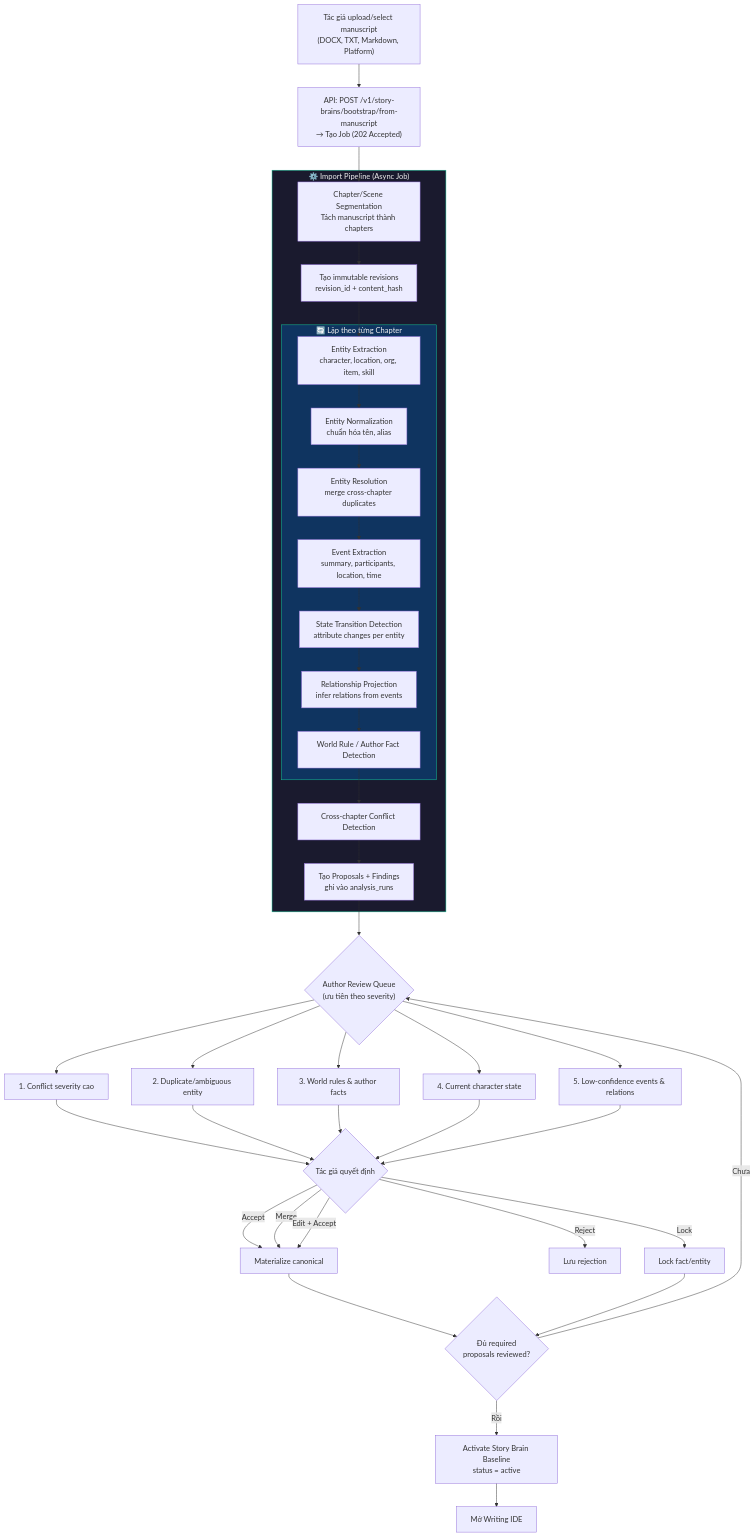
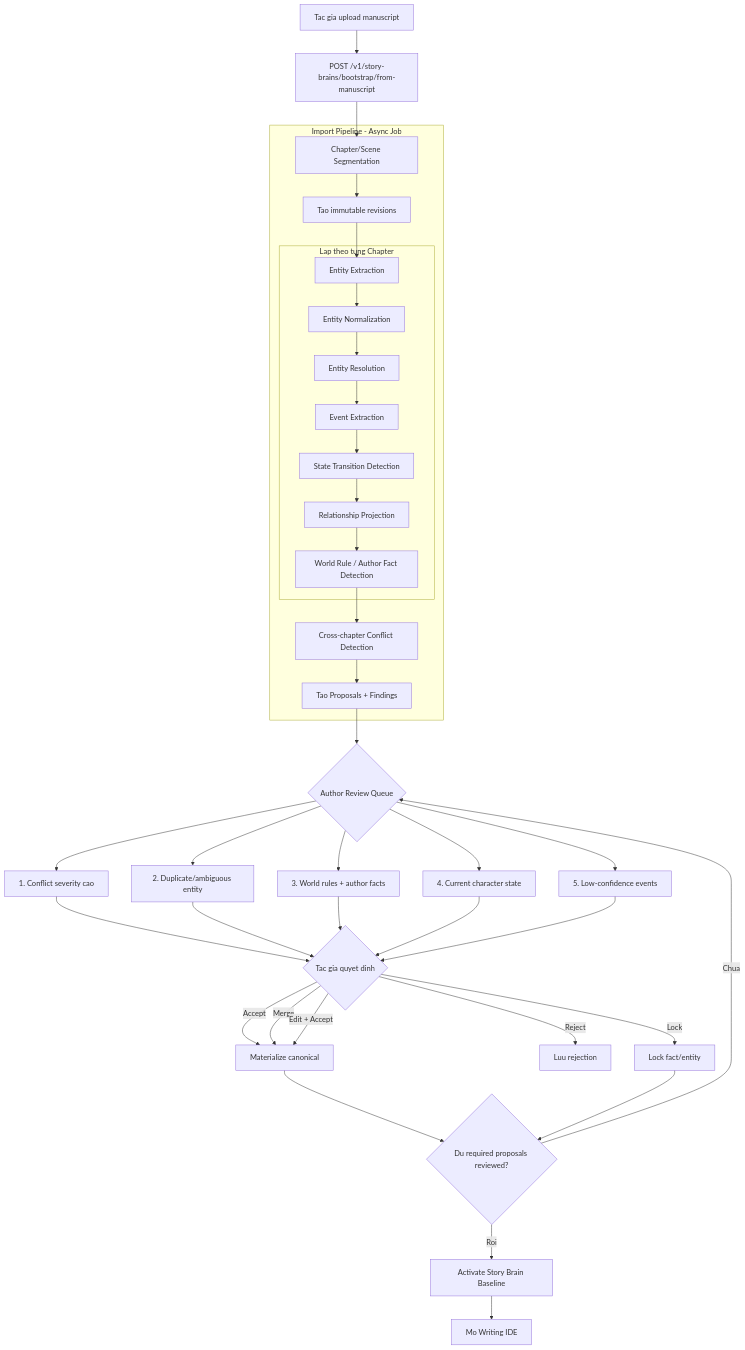
The third of 8 diagrams in docs/PIPELINE.md (Ephurin/Novel_sharing_platform), drawn with Mermaid before and after one commit. The commit also changed other lines of this file, not shown here.

Commit message:
fix(docs): format mermaid diagrams in PIPELINE.md for GitHub preview compatibility

````diff
--- a/docs/PIPELINE.md
+++ b/docs/PIPELINE.md
@@ -136,52 +139,54 @@
 ```mermaid
 flowchart TD
-    A["Tác giả upload/select manuscript<br/>(DOCX, TXT, Markdown, Platform)"] --> B
+    A["Tac gia upload manuscript"] --> B
 
-    B["API: POST /v1/story-brains/bootstrap/from-manuscript<br/>→ Tạo Job (202 Accepted)"]
+    B["POST /v1/story-brains/bootstrap/from-manuscript"]
     B --> C
 
-    subgraph Pipeline["⚙️ Import Pipeline (Async Job)"]
-        C["Chapter/Scene Segmentation<br/>Tách manuscript thành chapters"]
-        C --> D["Tạo immutable revisions<br/>revision_id + content_hash"]
+    subgraph Pipeline["Import Pipeline - Async Job"]
+        C["Chapter/Scene Segmentation"]
+        C --> D["Tao immutable revisions"]
         D --> E
 
-        subgraph PerChapter["🔄 Lặp theo từng Chapter"]
-            E["Entity Extraction<br/>character, location, org, item, skill"]
-            E --> F["Entity Normalization<br/>chuẩn hóa tên, alias"]
-            F --> G["Entity Resolution<br/>merge cross-chapter duplicates"]
-            G --> H["Event Extraction<br/>summary, participants, location, time"]
-            H --> I["State Transition Detection<br/>attribute changes per entity"]
-            I --> J["Relationship Projection<br/>infer relations from events"]
+        subgraph PerChapter["Lap theo tung Chapter"]
+            E["Entity Extraction"]
+            E --> F["Entity Normalization"]
+            F --> G["Entity Resolution"]
+            G --> H["Event Extraction"]
+            H --> I["State Transition Detection"]
+            I --> J["Relationship Projection"]
             J --> K["World Rule / Author Fact Detection"]
         end
 
         K --> L["Cross-chapter Conflict Detection"]
-        L --> M["Tạo Proposals + Findings<br/>ghi vào analysis_runs"]
+        L --> M["Tao Proposals + Findings"]
     end
 
-    M --> N{"Author Review Queue<br/>(ưu tiên theo severity)"}
+    M --> N{"Author Review Queue"}
 
     N --> N1["1. Conflict severity cao"]
     N --> N2["2. Duplicate/ambiguous entity"]
-    N --> N3["3. World rules & author facts"]
+    N --> N3["3. World rules + author facts"]
     N --> N4["4. Current character state"]
-    N --> N5["5. Low-confidence events & relations"]
+    N --> N5["5. Low-confidence events"]
 
-    N1 & N2 & N3 & N4 & N5 --> O
+    N1 --> O
+    N2 --> O
+    N3 --> O
+    N4 --> O
+    N5 --> O
 
-    O{"Tác giả quyết định"}
+    O{"Tac gia quyet dinh"}
     O -->|Accept| P["Materialize canonical"]
     O -->|Merge| P
     O -->|Edit + Accept| P
-    O -->|Reject| Q["Lưu rejection"]
+    O -->|Reject| Q["Luu rejection"]
     O -->|Lock| R["Lock fact/entity"]
 
-    P & R --> S{"Đủ required<br/>proposals reviewed?"}
-    S -->|Chưa| N
-    S -->|Rồi| T["Activate Story Brain Baseline<br/>status = active"]
+    P --> S{"Du required proposals reviewed?"}
+    R --> S
+    S -->|Chua| N
+    S -->|Roi| T["Activate Story Brain Baseline"]
 
-    T --> U["Mở Writing IDE"]
-
-    style Pipeline fill:#1a1a2e,stroke:#16c79a,color:#eee
-    style PerChapter fill:#0f3460,stroke:#16c79a,color:#eee
+    T --> U["Mo Writing IDE"]
 ```
````
